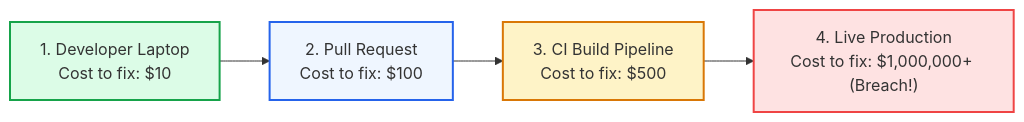
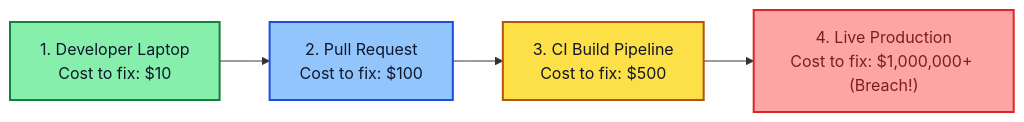
The first of 2 diagrams in 04-CICD-Pipelines/03-Security-and-Best-Practices.md (PandeyKishan/Study-Notes), drawn with Mermaid before and after one commit. The commit also changed other lines of this file and 22 other files, not shown here.

Commit message:
docs: enhance diagram visibility with high-contrast palette and add concise book definitions

````diff
--- a/04-CICD-Pipelines/03-Security-and-Best-Practices.md
+++ b/04-CICD-Pipelines/03-Security-and-Best-Practices.md
@@ -19,11 +19,11 @@
 ```mermaid
 flowchart LR
     Dev["1. Developer Laptop\nCost to fix: $10"] --> PR["2. Pull Request\nCost to fix: $100"]
     PR --> CI["3. CI Build Pipeline\nCost to fix: $500"]
     CI --> Prod["4. Live Production\nCost to fix: $1,000,000+ (Breach!)"]
 
-    style Dev fill:#dcfce7,stroke:#16a34a,stroke-width:2px
-    style PR fill:#eff6ff,stroke:#2563eb,stroke-width:2px
-    style CI fill:#fef3c7,stroke:#d97706,stroke-width:2px
-    style Prod fill:#fee2e2,stroke:#ef4444,stroke-width:2px
+    style Dev fill:#86efac,stroke:#15803d,stroke-width:2px,color:#0f172a
+    style PR fill:#93c5fd,stroke:#1d4ed8,stroke-width:2px,color:#0f172a
+    style CI fill:#fde047,stroke:#b45309,stroke-width:2px,color:#0f172a
+    style Prod fill:#fca5a5,stroke:#dc2626,stroke-width:2px,color:#7f1d1d
 ```
````
